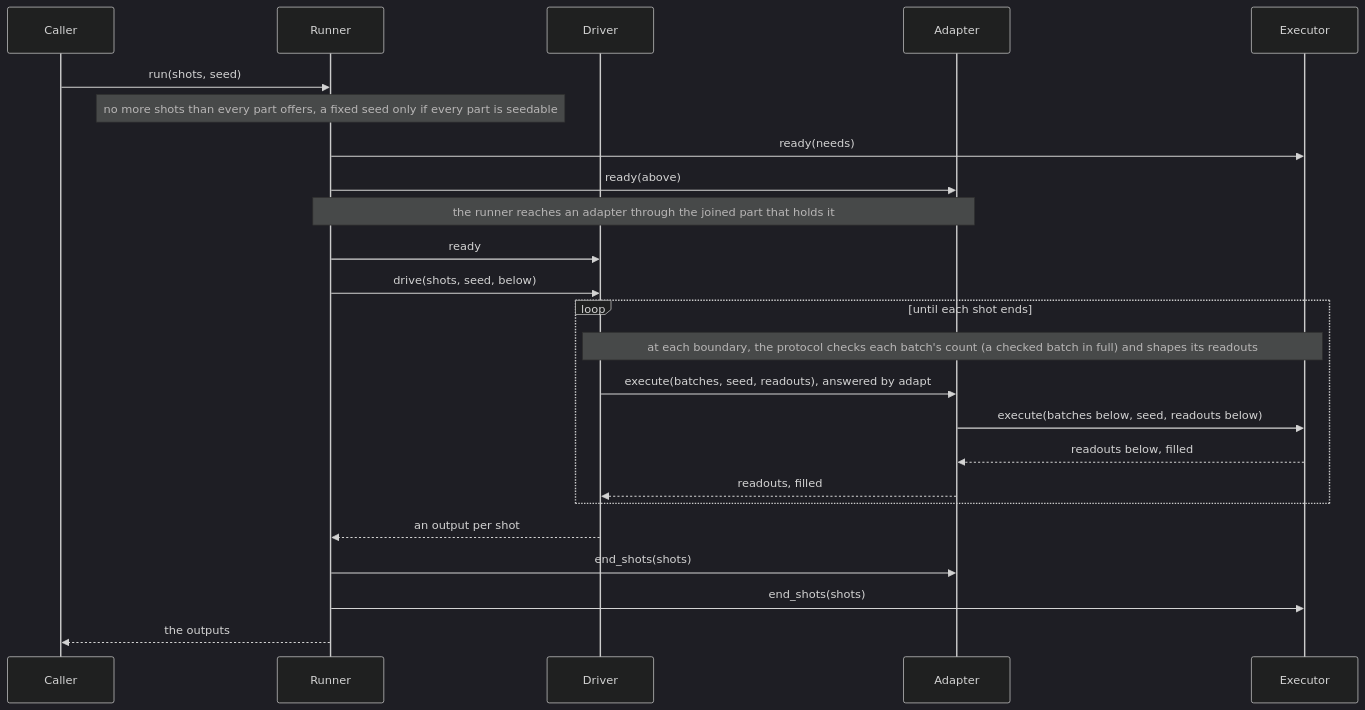
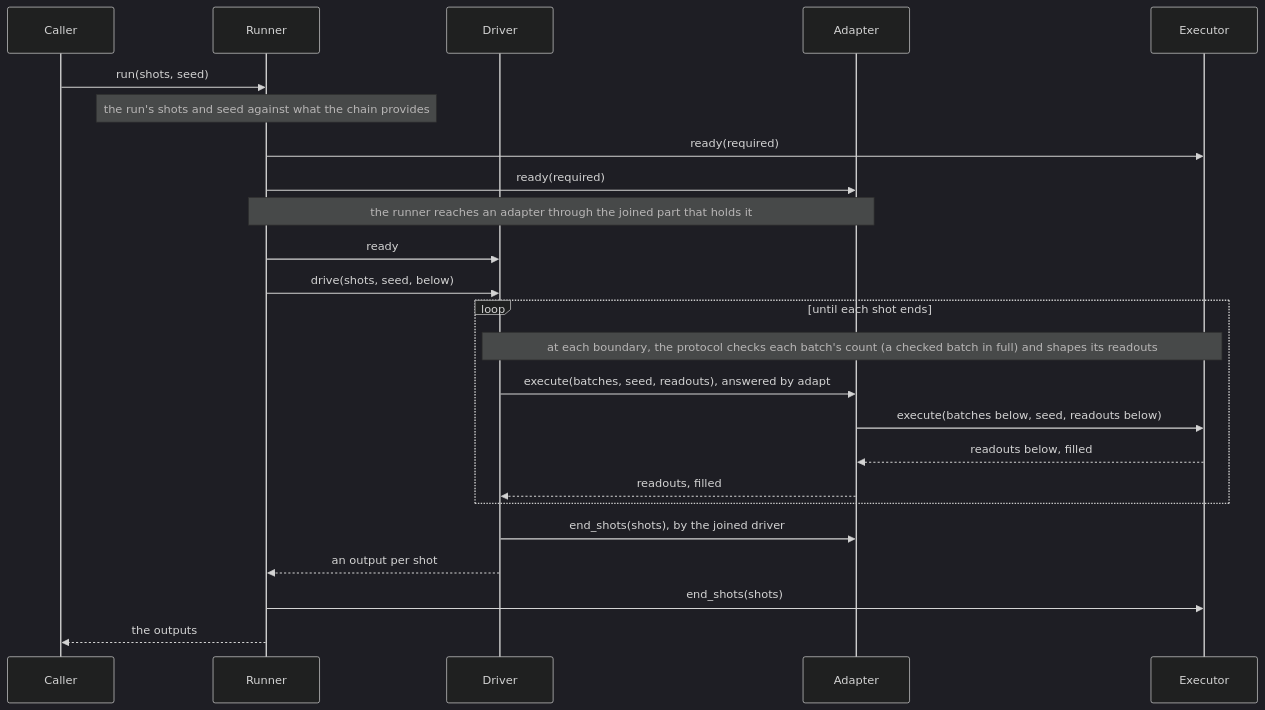
One commit to microsoft/qdk changed the diagram in source/executor_protocol/README.md. Above: the diagram before and after it, drawn with Mermaid (dark theme). The commit also changed other lines of this file and 79 other files, not shown here.

````diff
--- a/source/executor_protocol/README.md
+++ b/source/executor_protocol/README.md
@@ -224,26 +233,26 @@
 ```mermaid
 sequenceDiagram
   participant C as Caller
   participant R as Runner
   participant D as Driver
   participant A as Adapter
   participant E as Executor
   C->>R: run(shots, seed)
-  Note over R: no more shots than every part offers, a fixed seed only if every part is seedable
-  R->>E: ready(needs)
-  R->>A: ready(above)
+  Note over R: the run's shots and seed against what the chain provides
+  R->>E: ready(required)
+  R->>A: ready(required)
   Note over R,A: the runner reaches an adapter through the joined part that holds it
   R->>D: ready
   R->>D: drive(shots, seed, below)
   loop until each shot ends
     Note over D,E: at each boundary, the protocol checks each batch's count (a checked batch in full) and shapes its readouts
     D->>A: execute(batches, seed, readouts), answered by adapt
     A->>E: execute(batches below, seed, readouts below)
     E-->>A: readouts below, filled
     A-->>D: readouts, filled
   end
+  D->>A: end_shots(shots), by the joined driver
   D-->>R: an output per shot
-  R->>A: end_shots(shots)
   R->>E: end_shots(shots)
   R-->>C: the outputs
 ```
````
